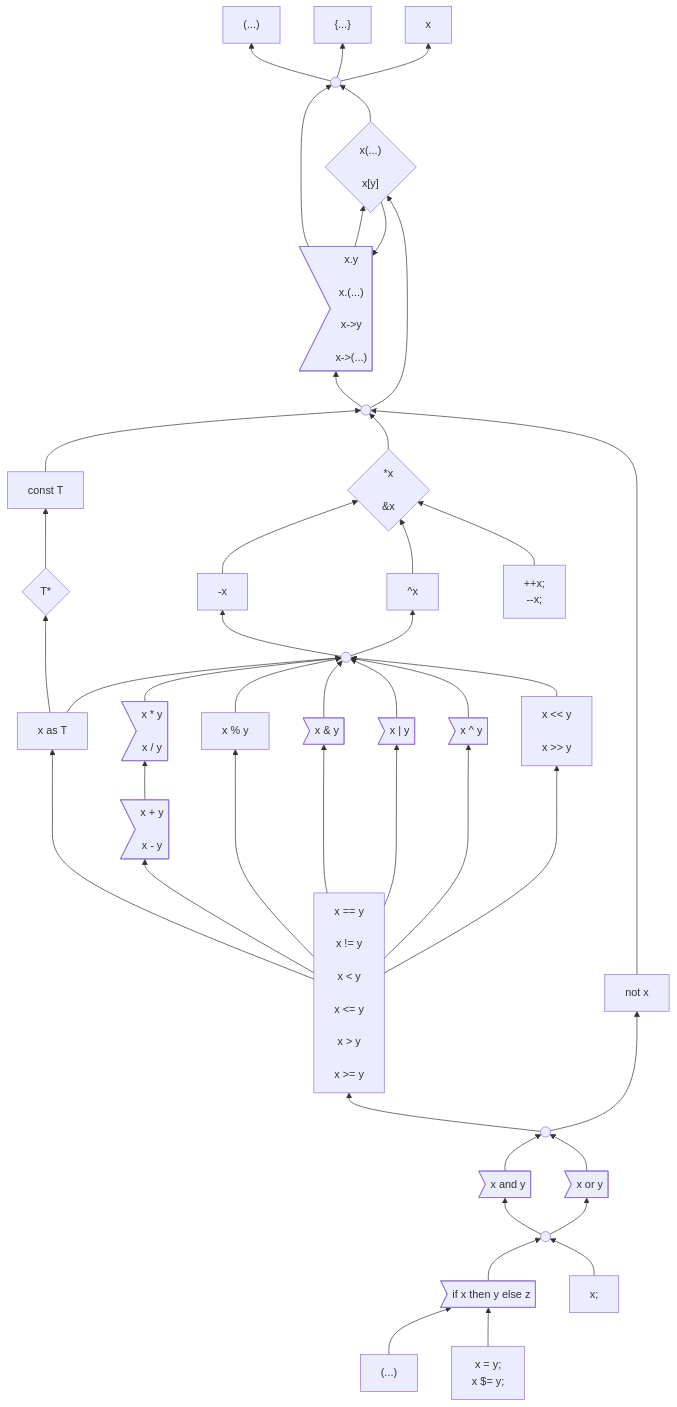
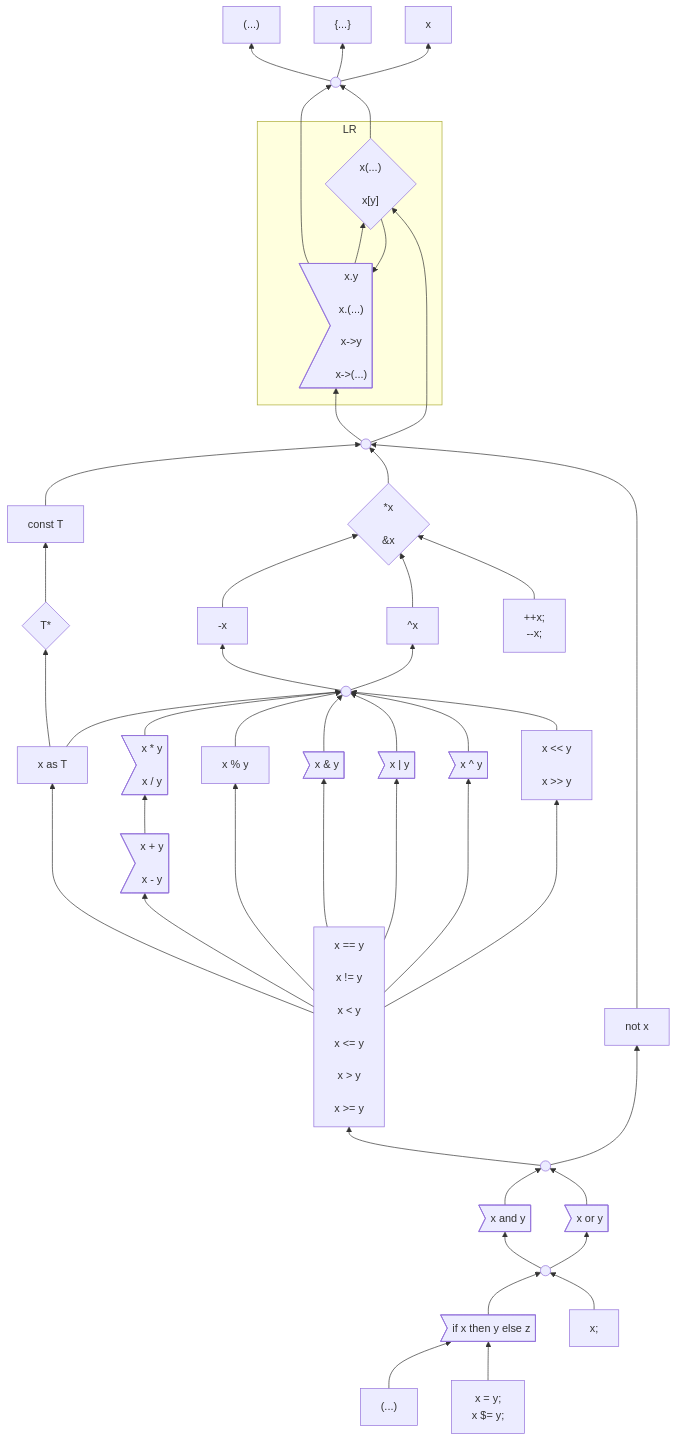
The first of 3 diagrams in docs/design/expressions/README.md (carbon-language/carbon-lang), drawn with Mermaid before and after one commit.

Commit message:
Checkpoint progress.

```diff
--- a/docs/design/expressions/README.md
+++ b/docs/design/expressions/README.md
@@ -63,6 +63,7 @@
 
     top((" "))
 
+subgraph "" LR
     memberAccess>"x.y<br>
                   x.(...)<br>
                   x->y<br>
@@ -72,6 +73,7 @@
     callAndIndexing{"x(...)<br>
                      x[y]"}
     click callAndIndexing "https://github.com/carbon-language/carbon-lang/blob/trunk/docs/design/expressions/indexing.md"
+end
 
     memberCallIndex((" "))
 
```
